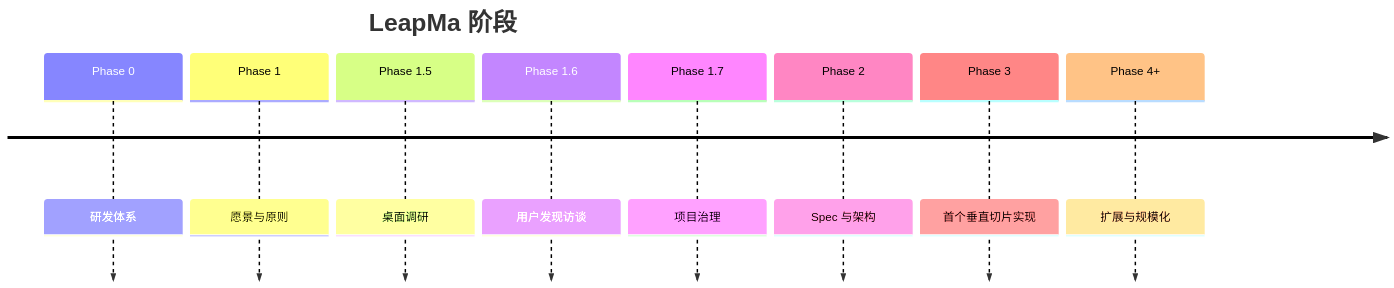
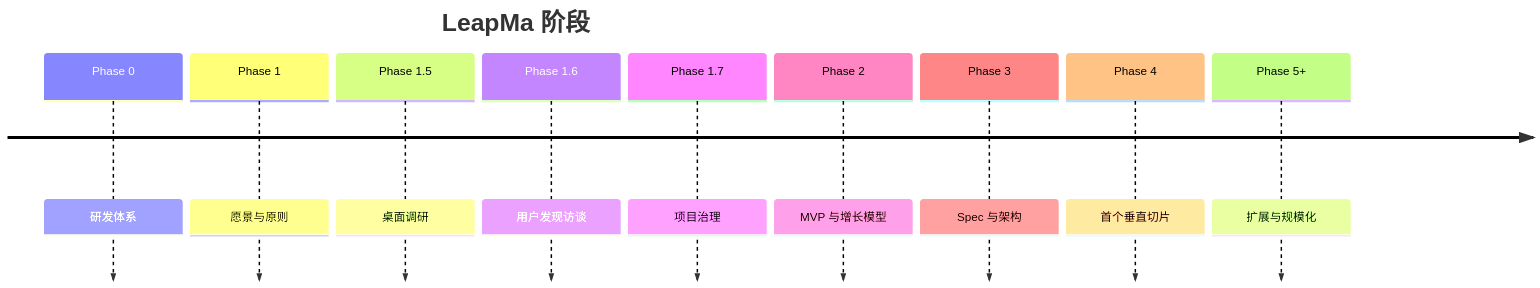
Before and after one commit to LeapMaCoder/ai-engineer-os: the diagram in docs/00_Project/Roadmap.md, drawn with Mermaid. The commit also changed other lines of this file and 20 other files, not shown here.

First line of the commit message:
docs: add Phase 2 MVP definition and Founder Review revisions

````diff
--- a/docs/00_Project/Roadmap.md
+++ b/docs/00_Project/Roadmap.md
@@ -19,12 +19,13 @@
 ```mermaid
 timeline
   title LeapMa 阶段
   Phase 0 : 研发体系
   Phase 1 : 愿景与原则
   Phase 1.5 : 桌面调研
   Phase 1.6 : 用户发现访谈
   Phase 1.7 : 项目治理
-  Phase 2 : Spec 与架构
-  Phase 3 : 首个垂直切片实现
-  Phase 4+ : 扩展与规模化
+  Phase 2 : MVP 与增长模型
+  Phase 3 : Spec 与架构
+  Phase 4 : 首个垂直切片
+  Phase 5+ : 扩展与规模化
 ```
````
